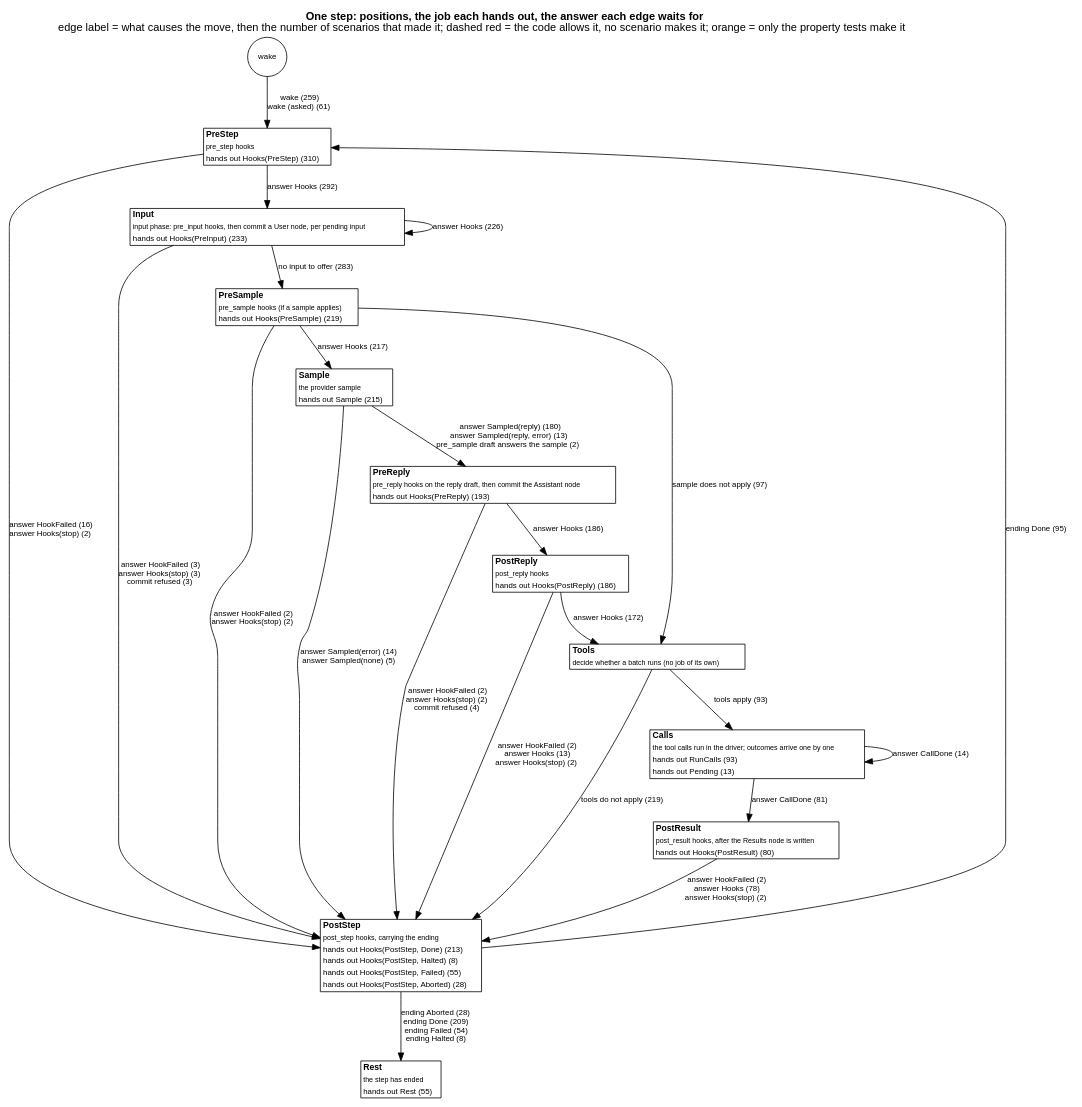
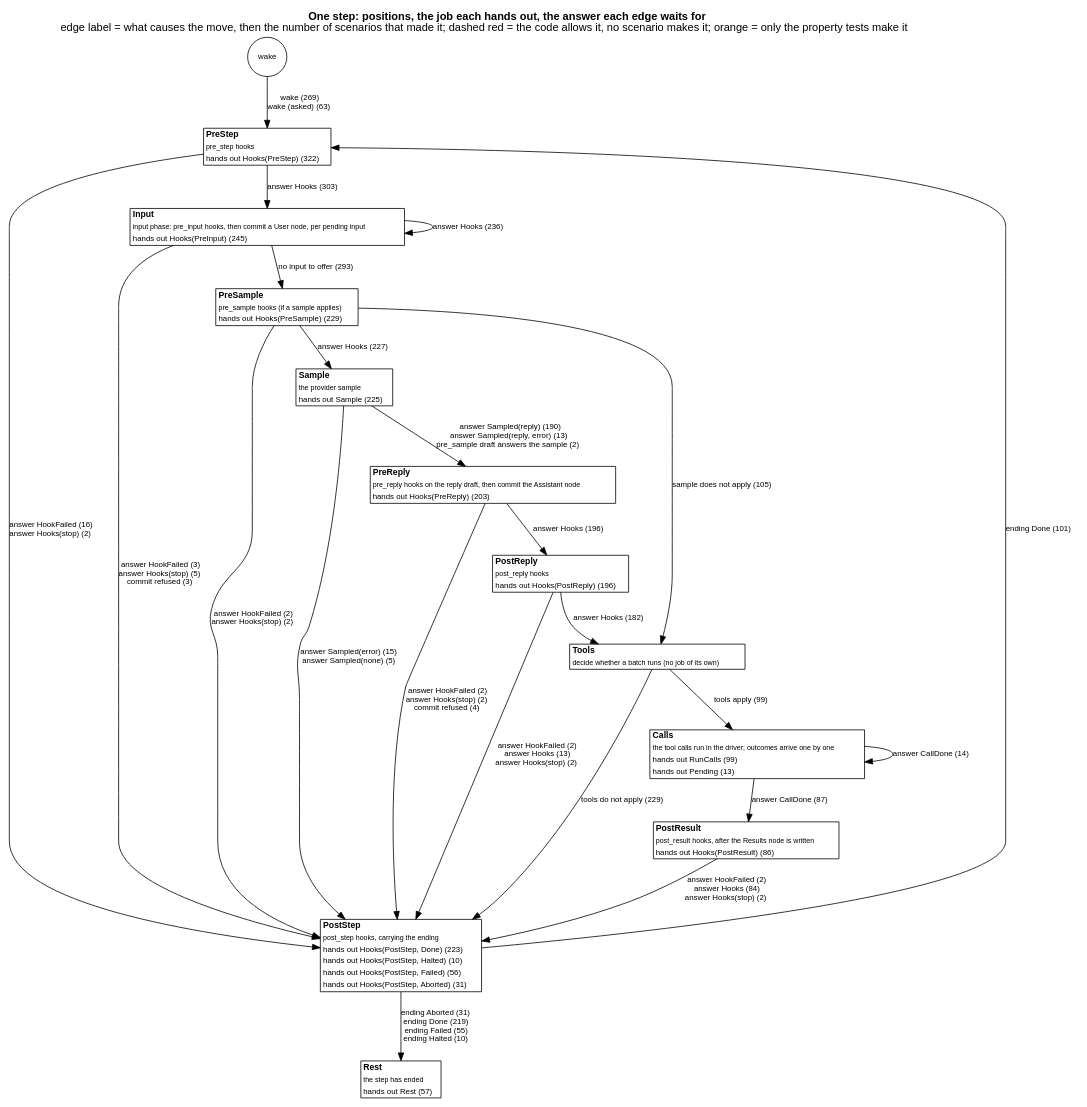
One commit to jmccardle/tau changed the diagram in docs/as-built/diagrams/step-positions.dot. Above: the diagram before and after it, drawn with Graphviz. The commit also changed 45 other files, not shown here.

```diff
--- a/docs/as-built/diagrams/step-positions.dot
+++ b/docs/as-built/diagrams/step-positions.dot
@@ -1,40 +1,40 @@
 // Generated by scripts/diagrams.sh from the test suites' transitions. Do not edit.
 digraph step_positions {
   graph [rankdir=TB, fontname="Helvetica", nodesep=0.5, ranksep=0.6, labelloc=t, label=<<b>One step: positions, the job each hands out, the answer each edge waits for</b><br/>edge label = what causes the move, then the number of scenarios that made it; dashed red = the code allows it, no scenario makes it; orange = only the property tests make it>];
   node [shape=plain, fontname="Helvetica", fontsize=11];
   edge [fontname="Helvetica", fontsize=10];
   "(wake)" [shape=circle, label="wake", fontsize=10];
-  "PreStep" [label=<<table border="1" cellborder="0" cellspacing="0" bgcolor="white"><tr><td align="left"><b>PreStep</b></td></tr><tr><td align="left"><font point-size="9">pre_step hooks</font></td></tr><tr><td align="left"><font color="black" point-size="10">hands out Hooks(PreStep) (310)</font></td></tr></table>>];
-  "Input" [label=<<table border="1" cellborder="0" cellspacing="0" bgcolor="white"><tr><td align="left"><b>Input</b></td></tr><tr><td align="left"><font point-size="9">input phase: pre_input hooks, then commit a User node, per pending input</font></td></tr><tr><td align="left"><font color="black" point-size="10">hands out Hooks(PreInput) (233)</font></td></tr></table>>];
-  "PreSample" [label=<<table border="1" cellborder="0" cellspacing="0" bgcolor="white"><tr><td align="left"><b>PreSample</b></td></tr><tr><td align="left"><font point-size="9">pre_sample hooks (if a sample applies)</font></td></tr><tr><td align="left"><font color="black" point-size="10">hands out Hooks(PreSample) (219)</font></td></tr></table>>];
-  "Sample" [label=<<table border="1" cellborder="0" cellspacing="0" bgcolor="white"><tr><td align="left"><b>Sample</b></td></tr><tr><td align="left"><font point-size="9">the provider sample</font></td></tr><tr><td align="left"><font color="black" point-size="10">hands out Sample (215)</font></td></tr></table>>];
-  "PreReply" [label=<<table border="1" cellborder="0" cellspacing="0" bgcolor="white"><tr><td align="left"><b>PreReply</b></td></tr><tr><td align="left"><font point-size="9">pre_reply hooks on the reply draft, then commit the Assistant node</font></td></tr><tr><td align="left"><font color="black" point-size="10">hands out Hooks(PreReply) (193)</font></td></tr></table>>];
-  "PostReply" [label=<<table border="1" cellborder="0" cellspacing="0" bgcolor="white"><tr><td align="left"><b>PostReply</b></td></tr><tr><td align="left"><font point-size="9">post_reply hooks</font></td></tr><tr><td align="left"><font color="black" point-size="10">hands out Hooks(PostReply) (186)</font></td></tr></table>>];
+  "PreStep" [label=<<table border="1" cellborder="0" cellspacing="0" bgcolor="white"><tr><td align="left"><b>PreStep</b></td></tr><tr><td align="left"><font point-size="9">pre_step hooks</font></td></tr><tr><td align="left"><font color="black" point-size="10">hands out Hooks(PreStep) (322)</font></td></tr></table>>];
+  "Input" [label=<<table border="1" cellborder="0" cellspacing="0" bgcolor="white"><tr><td align="left"><b>Input</b></td></tr><tr><td align="left"><font point-size="9">input phase: pre_input hooks, then commit a User node, per pending input</font></td></tr><tr><td align="left"><font color="black" point-size="10">hands out Hooks(PreInput) (245)</font></td></tr></table>>];
+  "PreSample" [label=<<table border="1" cellborder="0" cellspacing="0" bgcolor="white"><tr><td align="left"><b>PreSample</b></td></tr><tr><td align="left"><font point-size="9">pre_sample hooks (if a sample applies)</font></td></tr><tr><td align="left"><font color="black" point-size="10">hands out Hooks(PreSample) (229)</font></td></tr></table>>];
+  "Sample" [label=<<table border="1" cellborder="0" cellspacing="0" bgcolor="white"><tr><td align="left"><b>Sample</b></td></tr><tr><td align="left"><font point-size="9">the provider sample</font></td></tr><tr><td align="left"><font color="black" point-size="10">hands out Sample (225)</font></td></tr></table>>];
+  "PreReply" [label=<<table border="1" cellborder="0" cellspacing="0" bgcolor="white"><tr><td align="left"><b>PreReply</b></td></tr><tr><td align="left"><font point-size="9">pre_reply hooks on the reply draft, then commit the Assistant node</font></td></tr><tr><td align="left"><font color="black" point-size="10">hands out Hooks(PreReply) (203)</font></td></tr></table>>];
+  "PostReply" [label=<<table border="1" cellborder="0" cellspacing="0" bgcolor="white"><tr><td align="left"><b>PostReply</b></td></tr><tr><td align="left"><font point-size="9">post_reply hooks</font></td></tr><tr><td align="left"><font color="black" point-size="10">hands out Hooks(PostReply) (196)</font></td></tr></table>>];
   "Tools" [label=<<table border="1" cellborder="0" cellspacing="0" bgcolor="white"><tr><td align="left"><b>Tools</b></td></tr><tr><td align="left"><font point-size="9">decide whether a batch runs (no job of its own)</font></td></tr></table>>];
-  "Calls" [label=<<table border="1" cellborder="0" cellspacing="0" bgcolor="white"><tr><td align="left"><b>Calls</b></td></tr><tr><td align="left"><font point-size="9">the tool calls run in the driver; outcomes arrive one by one</font></td></tr><tr><td align="left"><font color="black" point-size="10">hands out RunCalls (93)</font></td></tr><tr><td align="left"><font color="black" point-size="10">hands out Pending (13)</font></td></tr></table>>];
-  "PostResult" [label=<<table border="1" cellborder="0" cellspacing="0" bgcolor="white"><tr><td align="left"><b>PostResult</b></td></tr><tr><td align="left"><font point-size="9">post_result hooks, after the Results node is written</font></td></tr><tr><td align="left"><font color="black" point-size="10">hands out Hooks(PostResult) (80)</font></td></tr></table>>];
-  "PostStep" [label=<<table border="1" cellborder="0" cellspacing="0" bgcolor="white"><tr><td align="left"><b>PostStep</b></td></tr><tr><td align="left"><font point-size="9">post_step hooks, carrying the ending</font></td></tr><tr><td align="left"><font color="black" point-size="10">hands out Hooks(PostStep, Done) (213)</font></td></tr><tr><td align="left"><font color="black" point-size="10">hands out Hooks(PostStep, Halted) (8)</font></td></tr><tr><td align="left"><font color="black" point-size="10">hands out Hooks(PostStep, Failed) (55)</font></td></tr><tr><td align="left"><font color="black" point-size="10">hands out Hooks(PostStep, Aborted) (28)</font></td></tr></table>>];
-  "Rest" [label=<<table border="1" cellborder="0" cellspacing="0" bgcolor="white"><tr><td align="left"><b>Rest</b></td></tr><tr><td align="left"><font point-size="9">the step has ended</font></td></tr><tr><td align="left"><font color="black" point-size="10">hands out Rest (55)</font></td></tr></table>>];
-  "(wake)" -> "PreStep" [label=<wake (259)<br/>wake (asked) (61)>, color="black", style=solid];
+  "Calls" [label=<<table border="1" cellborder="0" cellspacing="0" bgcolor="white"><tr><td align="left"><b>Calls</b></td></tr><tr><td align="left"><font point-size="9">the tool calls run in the driver; outcomes arrive one by one</font></td></tr><tr><td align="left"><font color="black" point-size="10">hands out RunCalls (99)</font></td></tr><tr><td align="left"><font color="black" point-size="10">hands out Pending (13)</font></td></tr></table>>];
+  "PostResult" [label=<<table border="1" cellborder="0" cellspacing="0" bgcolor="white"><tr><td align="left"><b>PostResult</b></td></tr><tr><td align="left"><font point-size="9">post_result hooks, after the Results node is written</font></td></tr><tr><td align="left"><font color="black" point-size="10">hands out Hooks(PostResult) (86)</font></td></tr></table>>];
+  "PostStep" [label=<<table border="1" cellborder="0" cellspacing="0" bgcolor="white"><tr><td align="left"><b>PostStep</b></td></tr><tr><td align="left"><font point-size="9">post_step hooks, carrying the ending</font></td></tr><tr><td align="left"><font color="black" point-size="10">hands out Hooks(PostStep, Done) (223)</font></td></tr><tr><td align="left"><font color="black" point-size="10">hands out Hooks(PostStep, Halted) (10)</font></td></tr><tr><td align="left"><font color="black" point-size="10">hands out Hooks(PostStep, Failed) (56)</font></td></tr><tr><td align="left"><font color="black" point-size="10">hands out Hooks(PostStep, Aborted) (31)</font></td></tr></table>>];
+  "Rest" [label=<<table border="1" cellborder="0" cellspacing="0" bgcolor="white"><tr><td align="left"><b>Rest</b></td></tr><tr><td align="left"><font point-size="9">the step has ended</font></td></tr><tr><td align="left"><font color="black" point-size="10">hands out Rest (57)</font></td></tr></table>>];
+  "(wake)" -> "PreStep" [label=<wake (269)<br/>wake (asked) (63)>, color="black", style=solid];
   "Calls" -> "Calls" [label=<answer CallDone (14)>, color="black", style=solid];
-  "Calls" -> "PostResult" [label=<answer CallDone (81)>, color="black", style=solid];
-  "Input" -> "Input" [label=<answer Hooks (226)>, color="black", style=solid];
-  "Input" -> "PostStep" [label=<answer HookFailed (3)<br/>answer Hooks(stop) (3)<br/>commit refused (3)>, color="black", style=solid];
-  "Input" -> "PreSample" [label=<no input to offer (283)>, color="black", style=solid];
+  "Calls" -> "PostResult" [label=<answer CallDone (87)>, color="black", style=solid];
+  "Input" -> "Input" [label=<answer Hooks (236)>, color="black", style=solid];
+  "Input" -> "PostStep" [label=<answer HookFailed (3)<br/>answer Hooks(stop) (5)<br/>commit refused (3)>, color="black", style=solid];
+  "Input" -> "PreSample" [label=<no input to offer (293)>, color="black", style=solid];
   "PostReply" -> "PostStep" [label=<answer HookFailed (2)<br/>answer Hooks (13)<br/>answer Hooks(stop) (2)>, color="black", style=solid];
-  "PostReply" -> "Tools" [label=<answer Hooks (172)>, color="black", style=solid];
-  "PostResult" -> "PostStep" [label=<answer HookFailed (2)<br/>answer Hooks (78)<br/>answer Hooks(stop) (2)>, color="black", style=solid];
-  "PostStep" -> "PreStep" [label=<ending Done (95)>, color="black", style=solid];
-  "PostStep" -> "Rest" [label=<ending Aborted (28)<br/>ending Done (209)<br/>ending Failed (54)<br/>ending Halted (8)>, color="black", style=solid];
-  "PreReply" -> "PostReply" [label=<answer Hooks (186)>, color="black", style=solid];
+  "PostReply" -> "Tools" [label=<answer Hooks (182)>, color="black", style=solid];
+  "PostResult" -> "PostStep" [label=<answer HookFailed (2)<br/>answer Hooks (84)<br/>answer Hooks(stop) (2)>, color="black", style=solid];
+  "PostStep" -> "PreStep" [label=<ending Done (101)>, color="black", style=solid];
+  "PostStep" -> "Rest" [label=<ending Aborted (31)<br/>ending Done (219)<br/>ending Failed (55)<br/>ending Halted (10)>, color="black", style=solid];
+  "PreReply" -> "PostReply" [label=<answer Hooks (196)>, color="black", style=solid];
   "PreReply" -> "PostStep" [label=<answer HookFailed (2)<br/>answer Hooks(stop) (2)<br/>commit refused (4)>, color="black", style=solid];
   "PreSample" -> "PostStep" [label=<answer HookFailed (2)<br/>answer Hooks(stop) (2)>, color="black", style=solid];
-  "PreSample" -> "Sample" [label=<answer Hooks (217)>, color="black", style=solid];
-  "PreSample" -> "Tools" [label=<sample does not apply (97)>, color="black", style=solid];
-  "PreStep" -> "Input" [label=<answer Hooks (292)>, color="black", style=solid];
+  "PreSample" -> "Sample" [label=<answer Hooks (227)>, color="black", style=solid];
+  "PreSample" -> "Tools" [label=<sample does not apply (105)>, color="black", style=solid];
+  "PreStep" -> "Input" [label=<answer Hooks (303)>, color="black", style=solid];
   "PreStep" -> "PostStep" [label=<answer HookFailed (16)<br/>answer Hooks(stop) (2)>, color="black", style=solid];
-  "Sample" -> "PostStep" [label=<answer Sampled(error) (14)<br/>answer Sampled(none) (5)>, color="black", style=solid];
-  "Sample" -> "PreReply" [label=<answer Sampled(reply) (180)<br/>answer Sampled(reply, error) (13)<br/>pre_sample draft answers the sample (2)>, color="black", style=solid];
-  "Tools" -> "Calls" [label=<tools apply (93)>, color="black", style=solid];
-  "Tools" -> "PostStep" [label=<tools do not apply (219)>, color="black", style=solid];
+  "Sample" -> "PostStep" [label=<answer Sampled(error) (15)<br/>answer Sampled(none) (5)>, color="black", style=solid];
+  "Sample" -> "PreReply" [label=<answer Sampled(reply) (190)<br/>answer Sampled(reply, error) (13)<br/>pre_sample draft answers the sample (2)>, color="black", style=solid];
+  "Tools" -> "Calls" [label=<tools apply (99)>, color="black", style=solid];
+  "Tools" -> "PostStep" [label=<tools do not apply (229)>, color="black", style=solid];
 }
```
